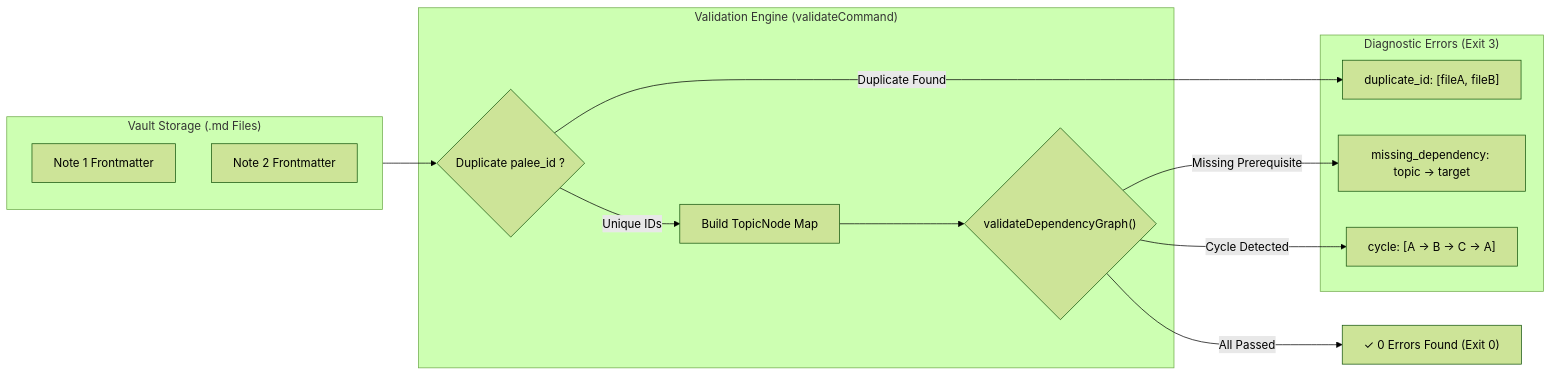
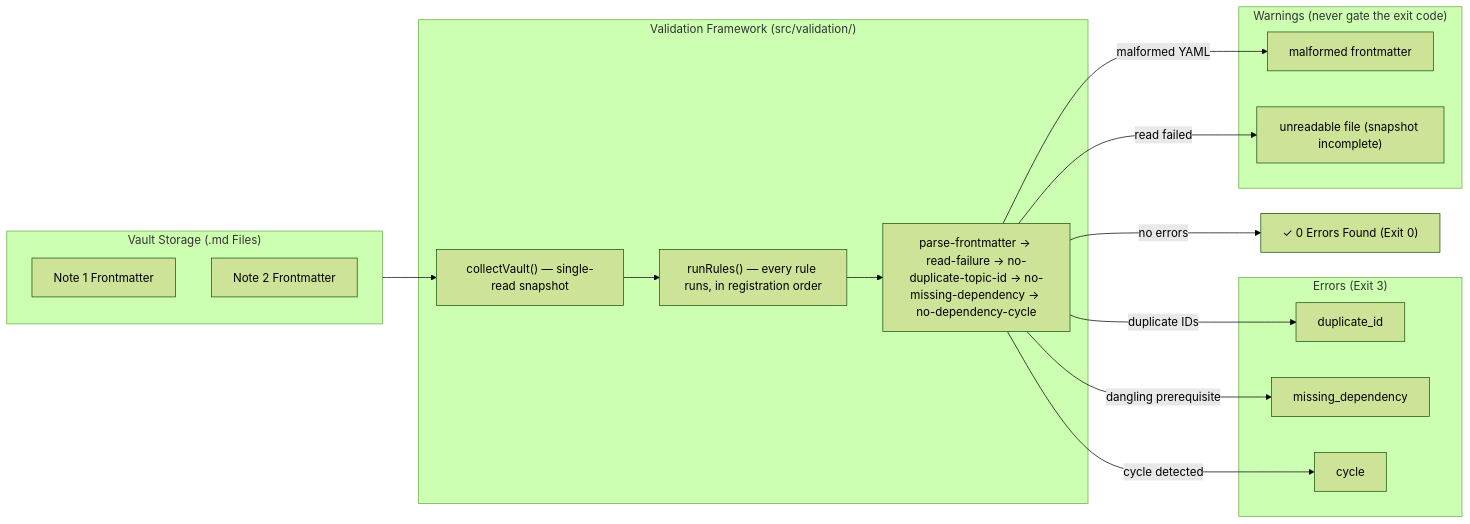
Before and after one commit to Kuldeep2822k/cli: the second of 2 diagrams in docs/02-3-reporting-commands.md, drawn with Mermaid (forest theme). The commit also changed other lines of this file and 24 other files, not shown here.

First line of the commit message:
feat(validate): add validation rule framework with parse-frontmatter rule and ported graph rules (#158)

````diff
--- a/docs/02-3-reporting-commands.md
+++ b/docs/02-3-reporting-commands.md
@@ -195,27 +197,34 @@
 ```mermaid
 flowchart LR
     subgraph Storage ["Vault Storage (.md Files)"]
         FM1["Note 1 Frontmatter"]
         FM2["Note 2 Frontmatter"]
     end
     
-    subgraph Analyzer ["Validation Engine (validateCommand)"]
-        DupCheck{"Duplicate palee_id ?"}
-        MapBuild["Build TopicNode Map"]
-        GraphCheck{"validateDependencyGraph()"}
+    subgraph Analyzer ["Validation Framework (src/validation/)"]
+        Scan["collectVault() — single-read snapshot"]
+        Runner["runRules() — every rule runs, in registration order"]
+        Rules["parse-frontmatter → read-failure → no-duplicate-topic-id → no-missing-dependency → no-dependency-cycle"]
     end
     
-    subgraph Errors ["Diagnostic Errors (Exit 3)"]
-        ErrDup["duplicate_id: [fileA, fileB]"]
-        ErrMiss["missing_dependency: topic -> target"]
-        ErrCyc["cycle: [A -> B -> C -> A]"]
+    subgraph Errors ["Errors (Exit 3)"]
+        ErrDup["duplicate_id"]
+        ErrMiss["missing_dependency"]
+        ErrCyc["cycle"]
+    end
+
+    subgraph Warnings ["Warnings (never gate the exit code)"]
+        WarnParse["malformed frontmatter"]
+        WarnRead["unreadable file (snapshot incomplete)"]
     end
     
-    Storage --> DupCheck
-    DupCheck -->|"Duplicate Found"| ErrDup
-    DupCheck -->|"Unique IDs"| MapBuild
-    MapBuild --> GraphCheck
-    GraphCheck -->|"Missing Prerequisite"| ErrMiss
-    GraphCheck -->|"Cycle Detected"| ErrCyc
-    GraphCheck -->|"All Passed"| Success["✓ 0 Errors Found (Exit 0)"]
+    Storage --> Scan
+    Scan --> Runner
+    Runner --> Rules
+    Rules -->|"duplicate IDs"| ErrDup
+    Rules -->|"dangling prerequisite"| ErrMiss
+    Rules -->|"cycle detected"| ErrCyc
+    Rules -->|"malformed YAML"| WarnParse
+    Rules -->|"read failed"| WarnRead
+    Rules -->|"no errors"| Success["✓ 0 Errors Found (Exit 0)"]
 ```
````
